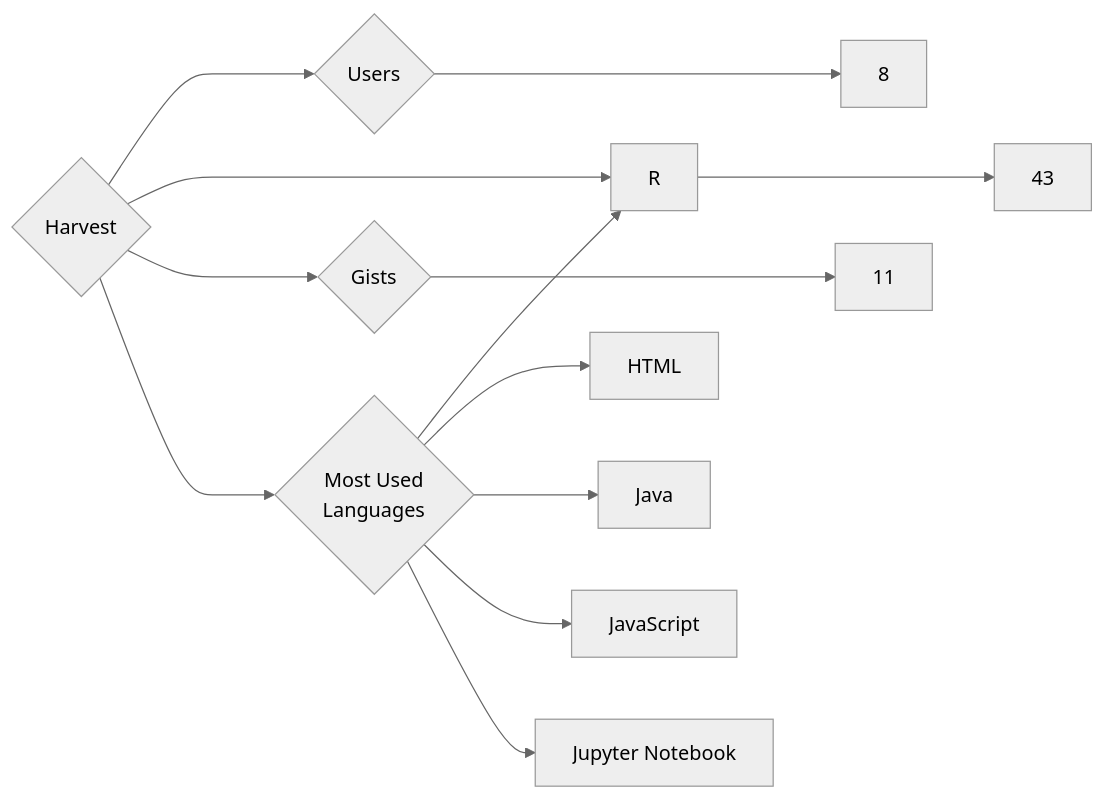
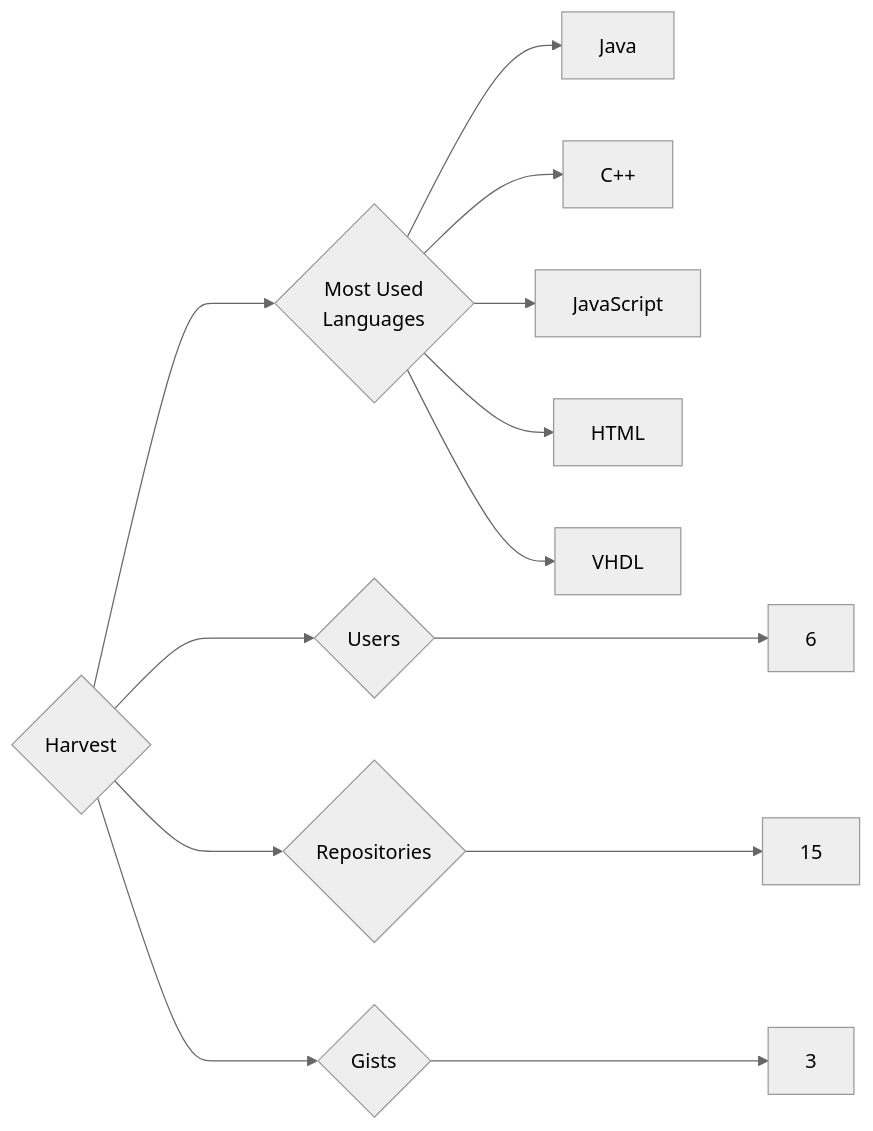
The diagram in targets/Harvest/README.md (trickest/insiders), drawn with Mermaid (neutral theme) before and after one commit. The commit also changed 997 other files, not shown here.

````diff
--- a/targets/Harvest/README.md
+++ b/targets/Harvest/README.md
@@ -3,13 +3,13 @@
 ```mermaid
 graph LR
 COMPANY_NAME{Harvest}
-COMPANY_NAME ---> U{Users} ---> UN[8]
-COMPANY_NAME ---> R{Repositories} ---> RN[43]
-COMPANY_NAME ---> G{Gists} ---> GN[11]
+COMPANY_NAME ---> U{Users} ---> UN[6]
+COMPANY_NAME ---> R{Repositories} ---> RN[15]
+COMPANY_NAME ---> G{Gists} ---> GN[3]
 COMPANY_NAME ---> ML{Most Used<br>Languages}
-ML --> R[R]
+ML --> Java[Java]
+ML --> C++[C++]
+ML --> JavaScript[JavaScript]
 ML --> HTML[HTML]
-ML --> Java[Java]
-ML --> JavaScript[JavaScript]
-ML --> Jupyter_Notebook[Jupyter Notebook]
+ML --> VHDL[VHDL]
 ```
````
